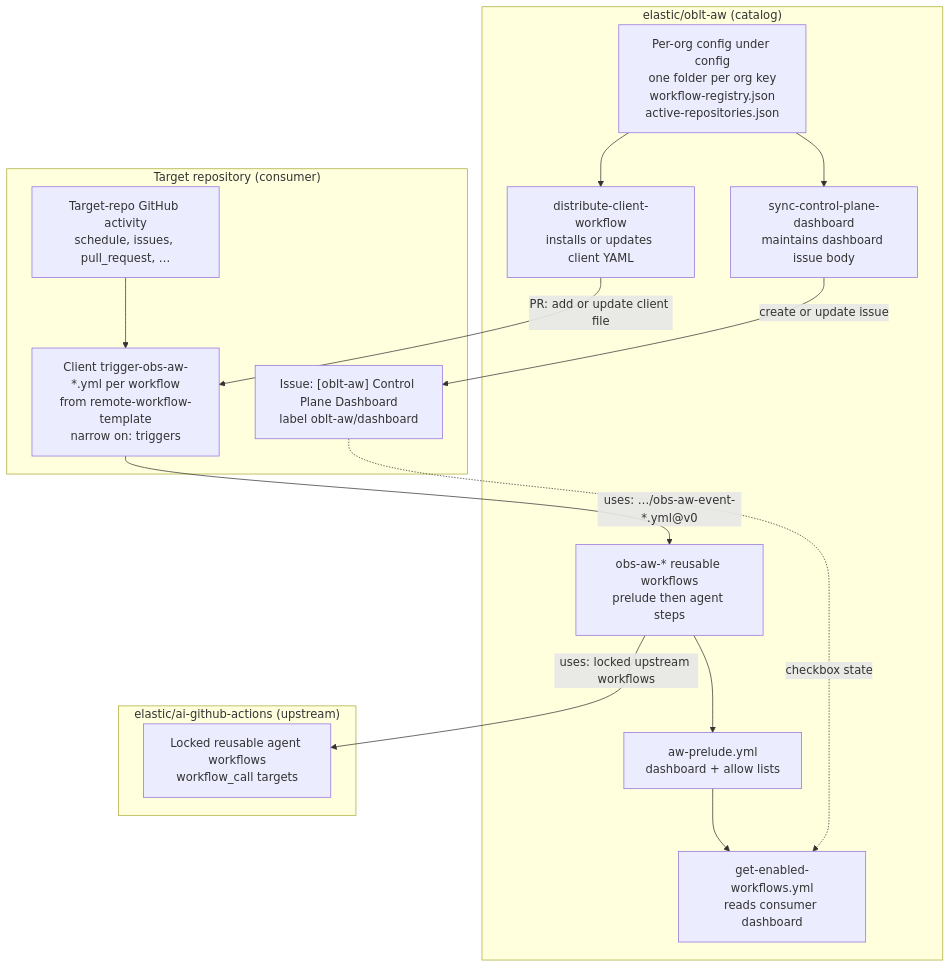
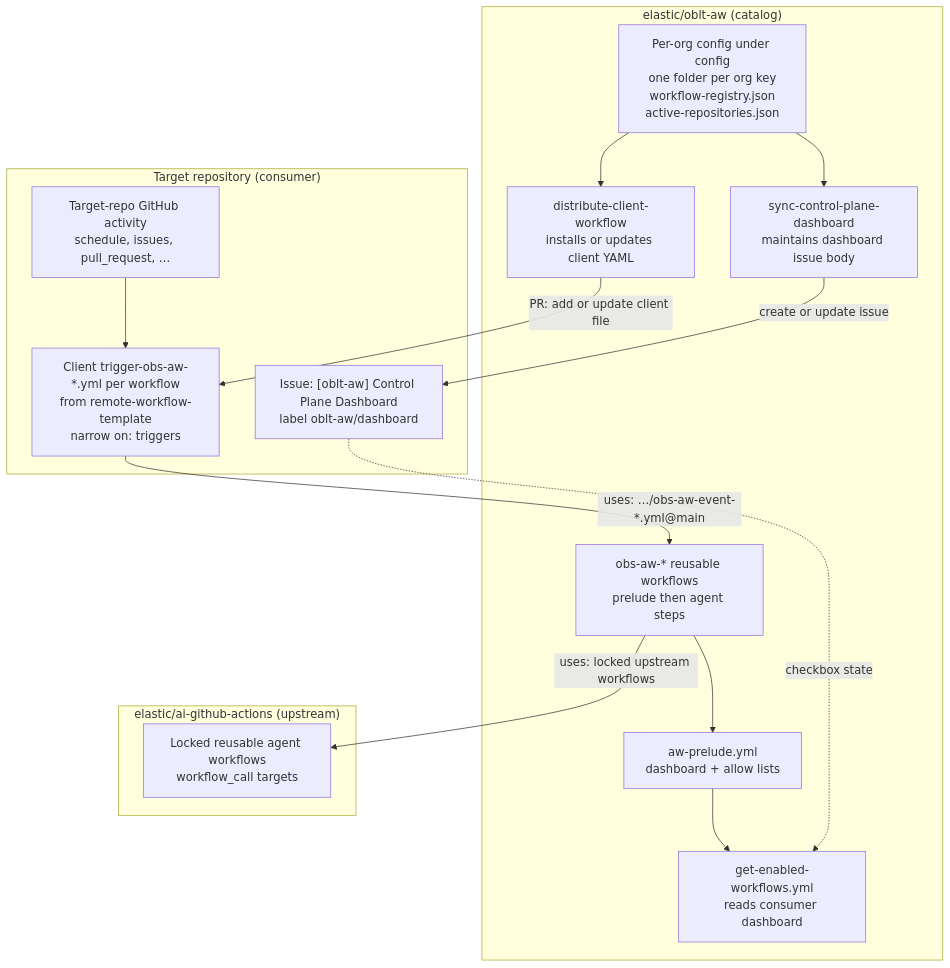
The first of 4 diagrams in docs/architecture/overview.md (elastic/oblt-aw), drawn with Mermaid before and after one commit. The commit also changed other lines of this file and 18 other files, not shown here.

First line of the commit message:
fix(release): keep client templates on @main until v0 exists

````diff
--- a/docs/architecture/overview.md
+++ b/docs/architecture/overview.md
@@ -48,32 +48,32 @@
 ```mermaid
 flowchart TB
   subgraph OBLT["elastic/oblt-aw (catalog)"]
     CFG["Per-org config under config\none folder per org key\nworkflow-registry.json\nactive-repositories.json"]
     DIST["distribute-client-workflow\ninstalls or updates client YAML"]
     SYNC["sync-control-plane-dashboard\nmaintains dashboard issue body"]
     PRE["aw-prelude.yml\ndashboard + allow lists"]
     GET["get-enabled-workflows.yml\nreads consumer dashboard"]
     GHA["obs-aw-* reusable workflows\nprelude then agent steps"]
     CFG --> DIST
     CFG --> SYNC
     PRE --> GET
     GHA --> PRE
   end
 
   subgraph UP["elastic/ai-github-actions (upstream)"]
     LOCK["Locked reusable agent workflows\nworkflow_call targets"]
   end
 
   subgraph CON["Target repository (consumer)"]
     EVT["Target-repo GitHub activity\nschedule, issues, pull_request, …"]
     CLIENT["Client trigger-obs-aw-*.yml per workflow\nfrom remote-workflow-template\nnarrow on: triggers"]
     DASH["Issue: [oblt-aw] Control Plane Dashboard\nlabel oblt-aw/dashboard"]
     EVT --> CLIENT
     DASH -.->|checkbox state| GET
   end
 
   DIST -->|PR: add or update client file| CLIENT
   SYNC -->|create or update issue| DASH
-  CLIENT -->|uses: …/obs-aw-event-*.yml@v0| GHA
+  CLIENT -->|uses: …/obs-aw-event-*.yml@main| GHA
   GHA -->|uses: locked upstream workflows| LOCK
 ```
````
